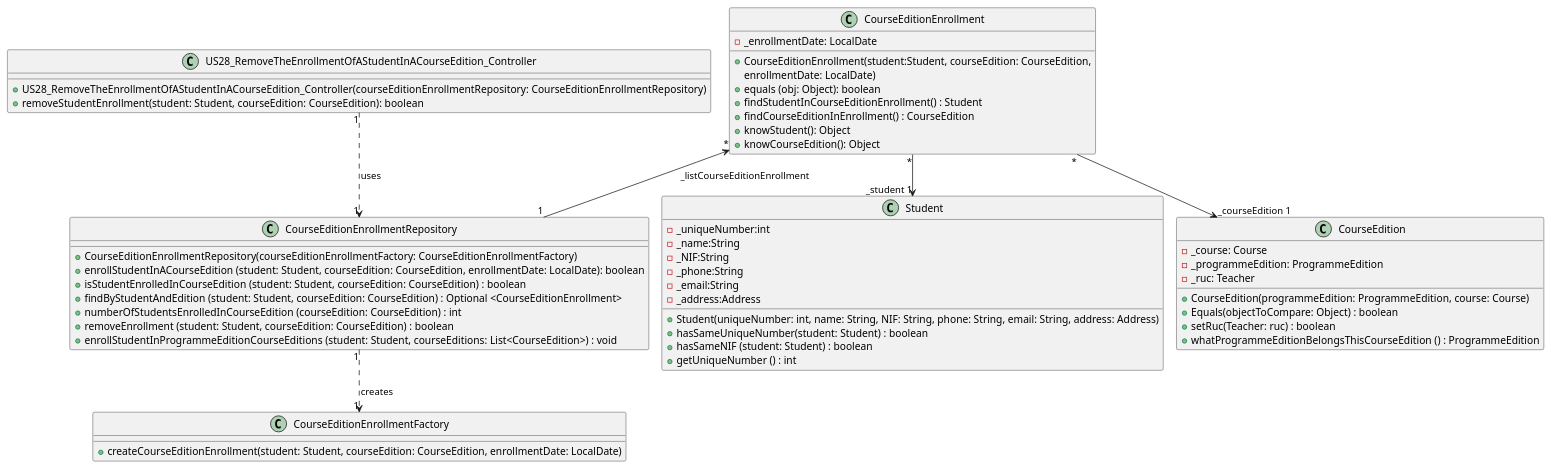
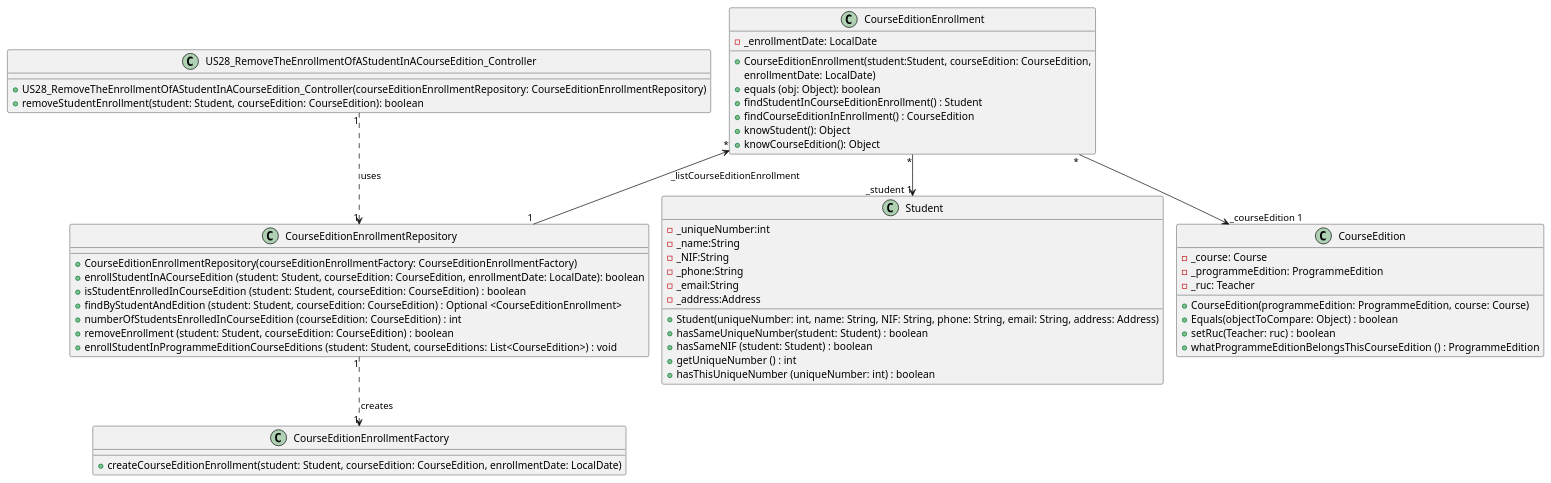
The diagram in docs/US28/US28_RemoveTheEnrollmentOfAStudentInACourseEdition_ClassDiagram.puml (GasparISEP/DevOps-PAI), drawn with PlantUML before and after one commit.

Commit message:
Refactor US28_ClassDiagram: Added missing method to Student

```diff
--- a/docs/US28/US28_RemoveTheEnrollmentOfAStudentInACourseEdition_ClassDiagram.puml
+++ b/docs/US28/US28_RemoveTheEnrollmentOfAStudentInACourseEdition_ClassDiagram.puml
@@ -1,66 +1,67 @@
 @startuml
 !pragma layout smetana
 
 
 class US28_RemoveTheEnrollmentOfAStudentInACourseEdition_Controller {
     +US28_RemoveTheEnrollmentOfAStudentInACourseEdition_Controller(courseEditionEnrollmentRepository: CourseEditionEnrollmentRepository)
     +removeStudentEnrollment(student: Student, courseEdition: CourseEdition): boolean
 }
 
 class CourseEditionEnrollment {
     -_enrollmentDate: LocalDate
     +CourseEditionEnrollment(student:Student, courseEdition: CourseEdition,
      enrollmentDate: LocalDate)
     +equals (obj: Object): boolean
     +findStudentInCourseEditionEnrollment() : Student
     +findCourseEditionInEnrollment() : CourseEdition
     +knowStudent(): Object
     +knowCourseEdition(): Object
 }
 
 class CourseEditionEnrollmentRepository {
     +CourseEditionEnrollmentRepository(courseEditionEnrollmentFactory: CourseEditionEnrollmentFactory)
     +enrollStudentInACourseEdition (student: Student, courseEdition: CourseEdition, enrollmentDate: LocalDate): boolean
     +isStudentEnrolledInCourseEdition (student: Student, courseEdition: CourseEdition) : boolean
     +findByStudentAndEdition (student: Student, courseEdition: CourseEdition) : Optional <CourseEditionEnrollment>
     +numberOfStudentsEnrolledInCourseEdition (courseEdition: CourseEdition) : int
     +removeEnrollment (student: Student, courseEdition: CourseEdition) : boolean
     +enrollStudentInProgrammeEditionCourseEditions (student: Student, courseEditions: List<CourseEdition>) : void
 }
 
 class Student {
     -_uniqueNumber:int
     -_name:String
     -_NIF:String
     -_phone:String
     -_email:String
     -_address:Address
     +Student(uniqueNumber: int, name: String, NIF: String, phone: String, email: String, address: Address)
     +hasSameUniqueNumber(student: Student) : boolean
     +hasSameNIF (student: Student) : boolean
     +getUniqueNumber () : int
+    +hasThisUniqueNumber (uniqueNumber: int) : boolean
 }
 
 class CourseEdition {
     -_course: Course
     -_programmeEdition: ProgrammeEdition
     -_ruc: Teacher
     +CourseEdition(programmeEdition: ProgrammeEdition, course: Course)
     +Equals(objectToCompare: Object) : boolean
     +setRuc(Teacher: ruc) : boolean
     +whatProgrammeEditionBelongsThisCourseEdition () : ProgrammeEdition
 }
 
 class CourseEditionEnrollmentFactory {
     +createCourseEditionEnrollment(student: Student, courseEdition: CourseEdition, enrollmentDate: LocalDate)
     }
 
 
 
 
 CourseEditionEnrollment "*" --> "_student 1" Student
 CourseEditionEnrollment "*" --> "_courseEdition 1  " CourseEdition
 CourseEditionEnrollment "                                *" <-- "1" CourseEditionEnrollmentRepository: _listCourseEditionEnrollment
 US28_RemoveTheEnrollmentOfAStudentInACourseEdition_Controller "1"..> "1" CourseEditionEnrollmentRepository : uses
 CourseEditionEnrollmentRepository "1" ..> "1" CourseEditionEnrollmentFactory : creates
 @enduml
```
